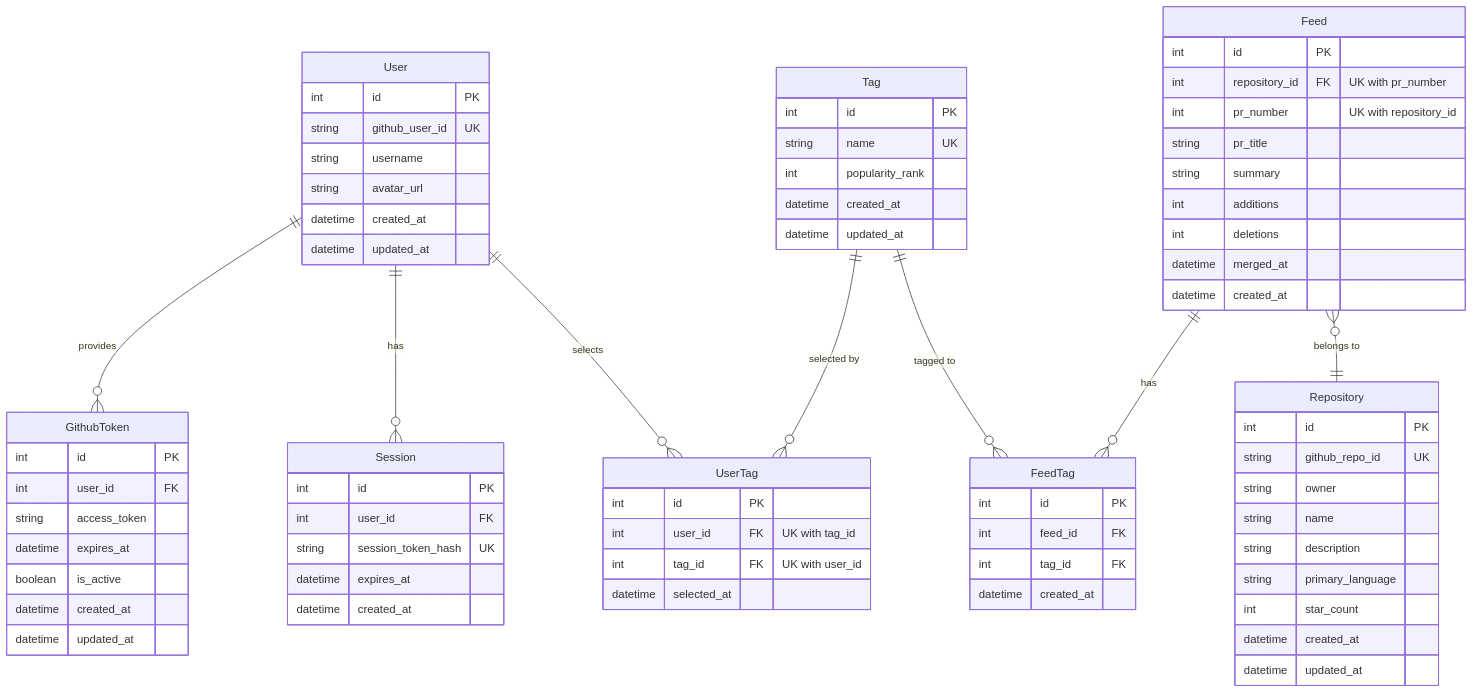
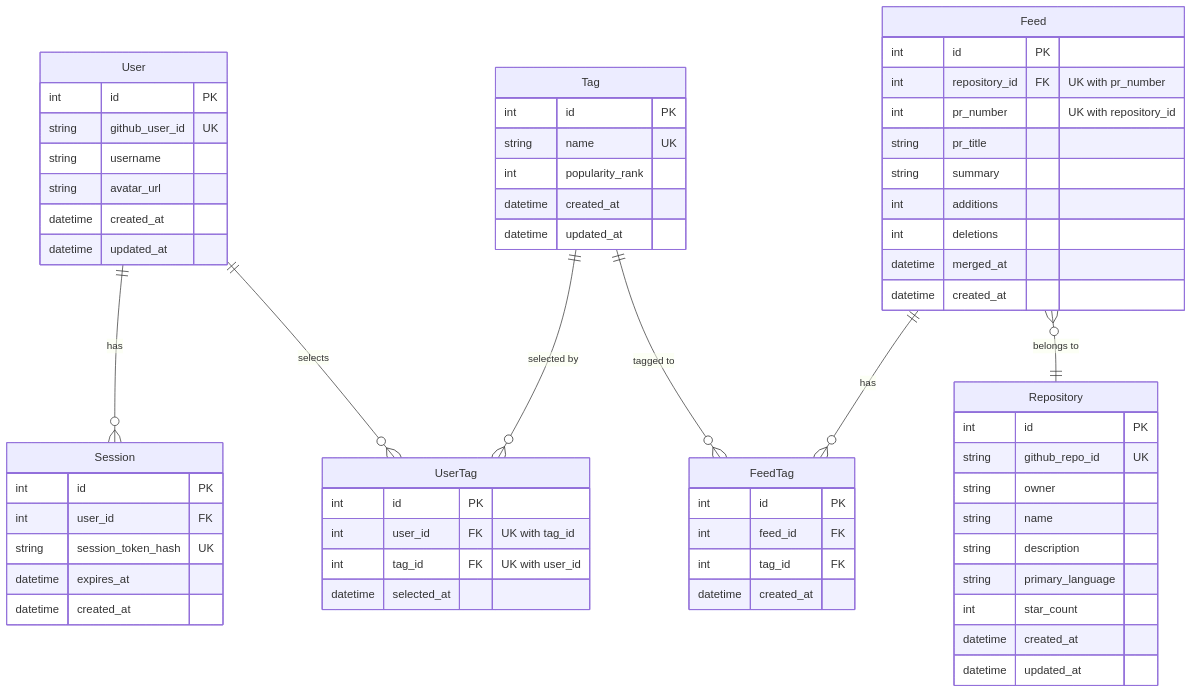
One commit to tsukuneA1/git-feed changed the diagram in docs/er-diagram.md. Above: the diagram before and after it, drawn with Mermaid.

Commit message:
fix:er図を修正。tokenプールが必要なくなった

```diff
--- a/docs/er-diagram.md
+++ b/docs/er-diagram.md
@@ -2,7 +2,6 @@
 erDiagram
     User ||--o{ UserTag : "selects"
     User ||--o{ Session : "has"
-    User ||--o{ GithubToken : "provides"
     Feed }o--|| Repository : "belongs to"
     Feed ||--o{ FeedTag : "has"
     Tag ||--o{ FeedTag : "tagged to"
@@ -13,16 +12,6 @@
         string github_user_id UK
         string username
         string avatar_url
-        datetime created_at
-        datetime updated_at
-    }
-
-    GithubToken {
-        int id PK
-        int user_id FK
-        string access_token
-        datetime expires_at
-        boolean is_active
         datetime created_at
         datetime updated_at
     }
```
